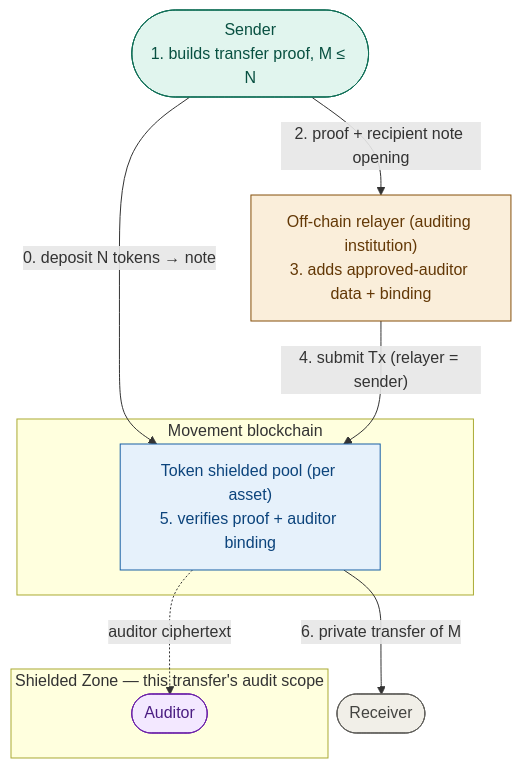
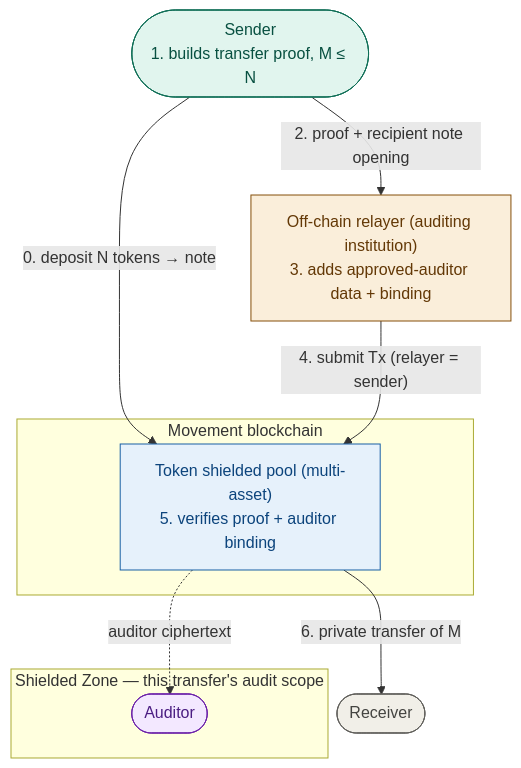
Before and after one commit to MoveIndustries/MIP: the first of 3 diagrams in mips/mip-xxx-shielded-zones.md, drawn with Mermaid. The commit also changed other lines of this file, not shown here.

Commit message:
docs: single multi-asset pool (correct the one-pool-per-asset mislabel)

````diff
--- a/mips/mip-xxx-shielded-zones.md
+++ b/mips/mip-xxx-shielded-zones.md
@@ -49,25 +49,25 @@
 ```mermaid
 flowchart TD
     Sender(["Sender<br/>1. builds transfer proof, M ≤ N"])
     Relayer["Off-chain relayer (auditing institution)<br/>3. adds approved-auditor data + binding"]
     Receiver([Receiver])
 
     subgraph MN["Movement blockchain"]
-        Pool["Token shielded pool (per asset)<br/>5. verifies proof + auditor binding"]
+        Pool["Token shielded pool (multi-asset)<br/>5. verifies proof + auditor binding"]
     end
     subgraph ZONE["Shielded Zone — this transfer's audit scope"]
         Auditor([Auditor])
     end
 
     Sender -->|"0. deposit N tokens → note"| Pool
     Sender -->|"2. proof + recipient note opening"| Relayer
     Relayer -->|"4. submit Tx (relayer = sender)"| Pool
     Pool -->|"6. private transfer of M"| Receiver
     Pool -. "auditor ciphertext" .-> Auditor
 
     style Sender fill:#E1F5EE,stroke:#0F6E56,color:#085041
     style Relayer fill:#FAEEDA,stroke:#854F0B,color:#633806
     style Pool fill:#E6F1FB,stroke:#185FA5,color:#0C447C
     style Receiver fill:#F1EFE8,stroke:#5F5E5A,color:#444441
     style Auditor fill:#F3E8FF,stroke:#6B21A8,color:#4A1D82
 ```
````
